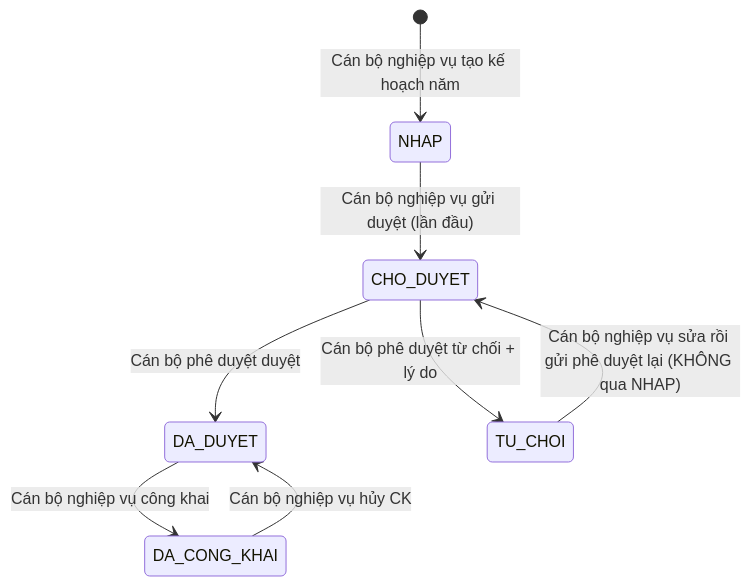
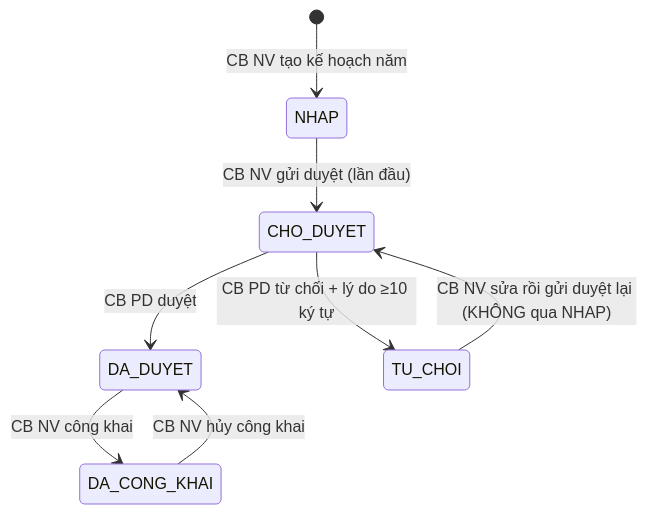
The third of 4 diagrams in input/srs-update-2026-5-5/srs-fr-03-dao-tao.md (diupt2008/pm-htpldn), drawn with Mermaid before and after one commit. The commit also changed other lines of this file and 136 other files, not shown here.

````diff
--- a/input/srs-update-2026-5-5/srs-fr-03-dao-tao.md
+++ b/input/srs-update-2026-5-5/srs-fr-03-dao-tao.md
@@ -2773,10 +1835,10 @@
 ```mermaid
 stateDiagram-v2
-    [*] --> NHAP : Cán bộ nghiệp vụ tạo kế hoạch năm
-    NHAP --> CHO_DUYET : Cán bộ nghiệp vụ gửi duyệt (lần đầu)
-    CHO_DUYET --> DA_DUYET : Cán bộ phê duyệt duyệt
-    CHO_DUYET --> TU_CHOI : Cán bộ phê duyệt từ chối + lý do
-    TU_CHOI --> CHO_DUYET : Cán bộ nghiệp vụ sửa rồi gửi phê duyệt lại (KHÔNG qua NHAP)
-    DA_DUYET --> DA_CONG_KHAI : Cán bộ nghiệp vụ công khai
-    DA_CONG_KHAI --> DA_DUYET : Cán bộ nghiệp vụ hủy CK
+    [*] --> NHAP : CB NV tạo kế hoạch năm
+    NHAP --> CHO_DUYET : CB NV gửi duyệt (lần đầu)
+    CHO_DUYET --> DA_DUYET : CB PD duyệt
+    CHO_DUYET --> TU_CHOI : CB PD từ chối + lý do ≥10 ký tự
+    TU_CHOI --> CHO_DUYET : CB NV sửa rồi gửi duyệt lại (KHÔNG qua NHAP)
+    DA_DUYET --> DA_CONG_KHAI : CB NV công khai
+    DA_CONG_KHAI --> DA_DUYET : CB NV hủy công khai
 ```
````
